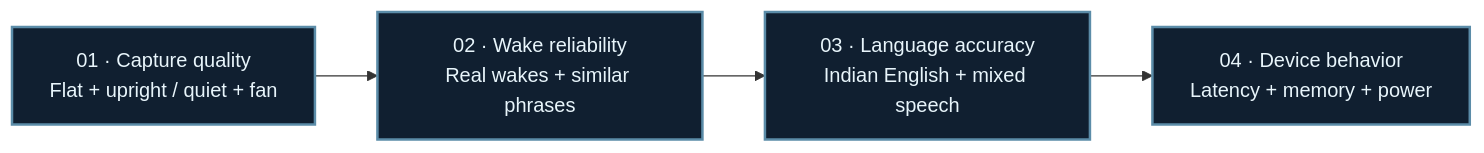
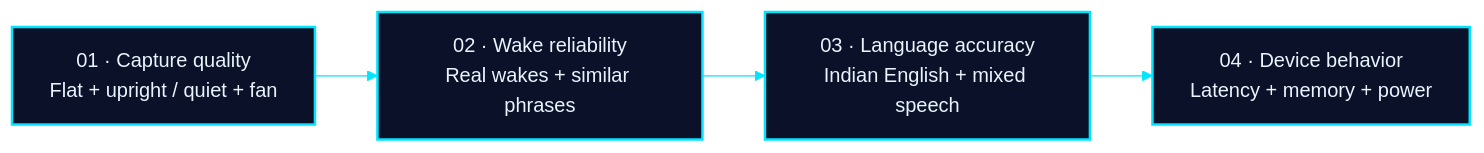
One commit to modhack2003/ELLIOT_ANDROID changed the second of 2 diagrams in README.md. Above: the diagram before and after it, drawn with Mermaid. The commit also changed other lines of this file and 11 other files, not shown here.

````diff
--- a/README.md
+++ b/README.md
@@ -149,9 +201,10 @@
 ```mermaid
+%%{init: {"theme": "base", "themeVariables": {"background": "#020309", "primaryColor": "#0A1128", "primaryTextColor": "#EAF4FF", "primaryBorderColor": "#8C7DFF", "lineColor": "#00E5FF", "fontFamily": "Segoe UI, Arial, sans-serif"}}}%%
 flowchart LR
     A["01 · Capture quality<br/>Flat + upright / quiet + fan"] --> B["02 · Wake reliability<br/>Real wakes + similar phrases"]
     B --> C["03 · Language accuracy<br/>Indian English + mixed speech"]
     C --> D["04 · Device behavior<br/>Latency + memory + power"]
 
-    classDef next fill:#101f30,stroke:#5b8ca8,color:#e8f5fb,stroke-width:2px
+    classDef next fill:#0A1128,stroke:#00E5FF,color:#EAF4FF,stroke-width:2px
     class A,B,C,D next
 ```
````
